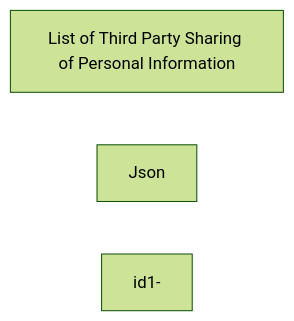
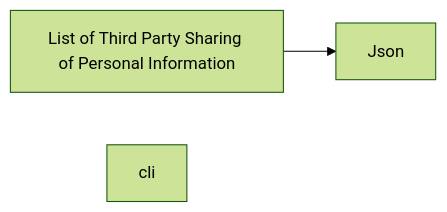
The diagram in all/未命名-3.md (milaLIAN/iodraw-files), drawn with Mermaid (forest theme) before and after one commit.

Commit message:
2024-05-10 17:28:56 update

````diff
--- a/all/未命名-3.md
+++ b/all/未命名-3.md
@@ -1,7 +1,9 @@
 ```mermaid
 flowchart LR
 id1[List of Third Party Sharing of Personal Information]
 id2[Json]
 
-id1-
+id1-->id2
+
+cli
 ```
````
